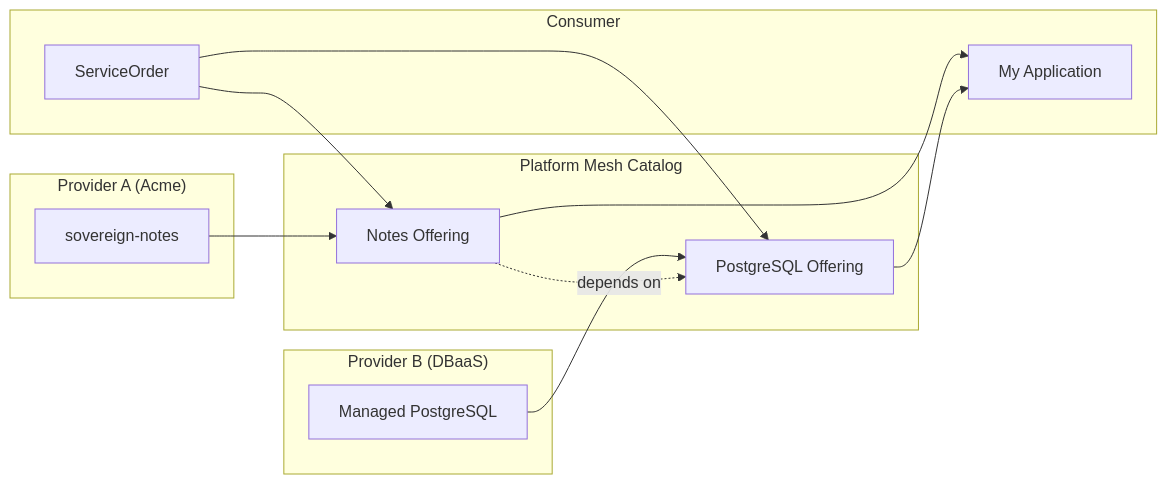
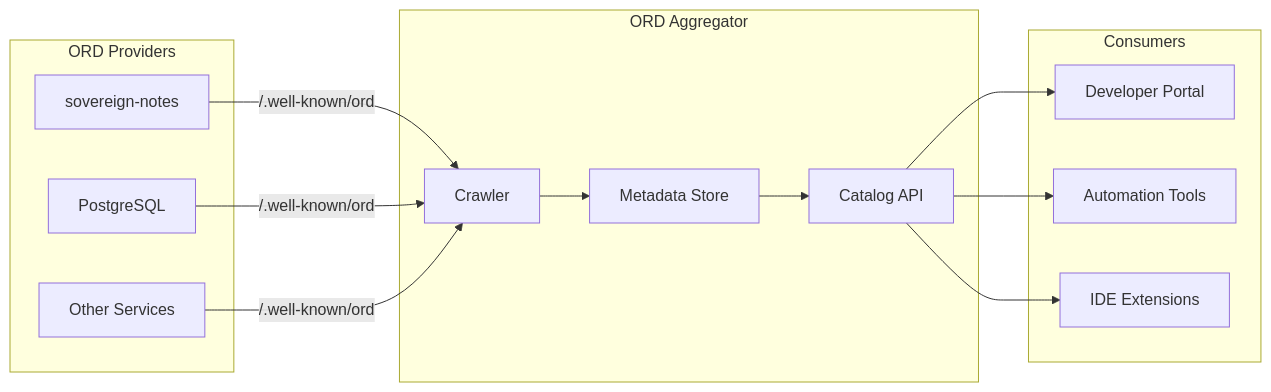
The ninth of 10 diagrams in docs/adr/0013_sovereign_cloud_reference_scenario.md (open-component-model/open-component-model), drawn with Mermaid before and after one commit. The commit also changed other lines of this file, not shown here.

Commit message:
docs: Extend ADR-0013 with Open Resource Discovery (ORD) integration, endpoints, and metadata details

````diff
--- a/docs/adr/0013_sovereign_cloud_reference_scenario.md
+++ b/docs/adr/0013_sovereign_cloud_reference_scenario.md
@@ -1785,28 +1797,30 @@
 ```mermaid
 flowchart LR
-    subgraph provider1["Provider A (Acme)"]
+    subgraph providers["ORD Providers"]
         notes[sovereign-notes]
+        postgres[PostgreSQL]
+        other[Other Services]
     end
 
-    subgraph provider2["Provider B (DBaaS)"]
-        postgres[Managed PostgreSQL]
+    subgraph aggregator["ORD Aggregator"]
+        crawler[Crawler]
+        store[Metadata Store]
+        api[Catalog API]
+        crawler --> store
+        store --> api
     end
 
-    subgraph mesh["Platform Mesh Catalog"]
-        cat_notes[Notes Offering]
-        cat_pg[PostgreSQL Offering]
+    notes -->|/.well-known/ord| crawler
+    postgres -->|/.well-known/ord| crawler
+    other -->|/.well-known/ord| crawler
+
+    subgraph consumers["Consumers"]
+        dev[Developer Portal]
+        automation[Automation Tools]
+        ide[IDE Extensions]
     end
 
-    subgraph consumer["Consumer"]
-        order[ServiceOrder]
-        app[My Application]
-    end
-
-    notes --> cat_notes
-    postgres --> cat_pg
-    cat_notes -.->|depends on| cat_pg
-    order --> cat_notes
-    order --> cat_pg
-    cat_notes --> app
-    cat_pg --> app
+    api --> dev
+    api --> automation
+    api --> ide
 ```
````
